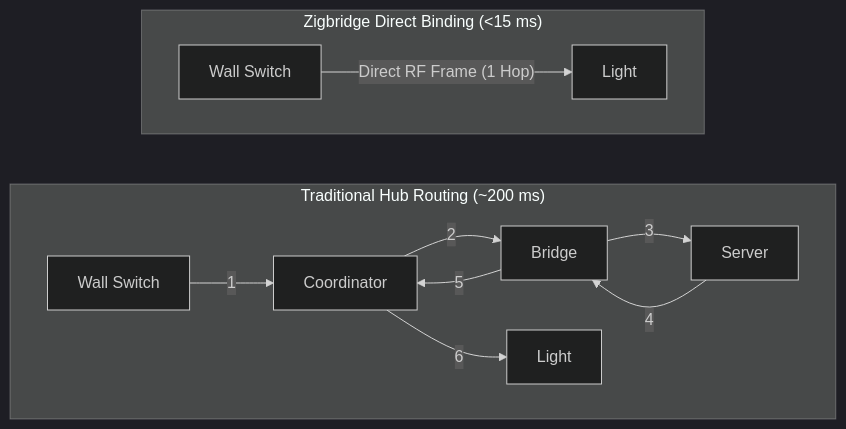
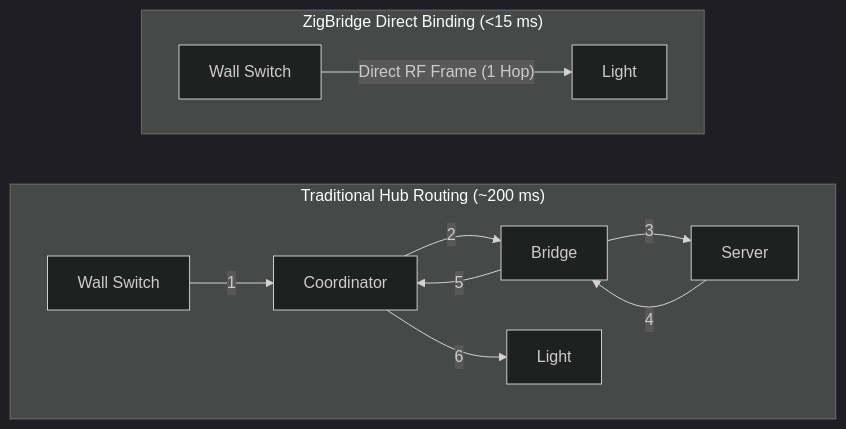
Before and after one commit to JulienBreux/zigbridge: the diagram in README.md, drawn with Mermaid (dark theme). The commit also changed other lines of this file and 46 other files, not shown here.

Commit message:
chore(branding): update product name to ZigBridge

````diff
--- a/README.md
+++ b/README.md
@@ -20,12 +20,12 @@
 ```mermaid
 flowchart LR
     subgraph Traditional["Traditional Hub Routing (~200 ms)"]
         direction LR
         S1["Wall Switch"] -->|1| C1["Coordinator"] -->|2| B1["Bridge"] -->|3| H1["Server"] -->|4| B1 -->|5| C1 -->|6| L1["Light"]
     end
 
-    subgraph Direct["Zigbridge Direct Binding (<15 ms)"]
+    subgraph Direct["ZigBridge Direct Binding (<15 ms)"]
         direction LR
         S2["Wall Switch"] -->|"Direct RF Frame (1 Hop)"| L2["Light"]
     end
 ```
````
